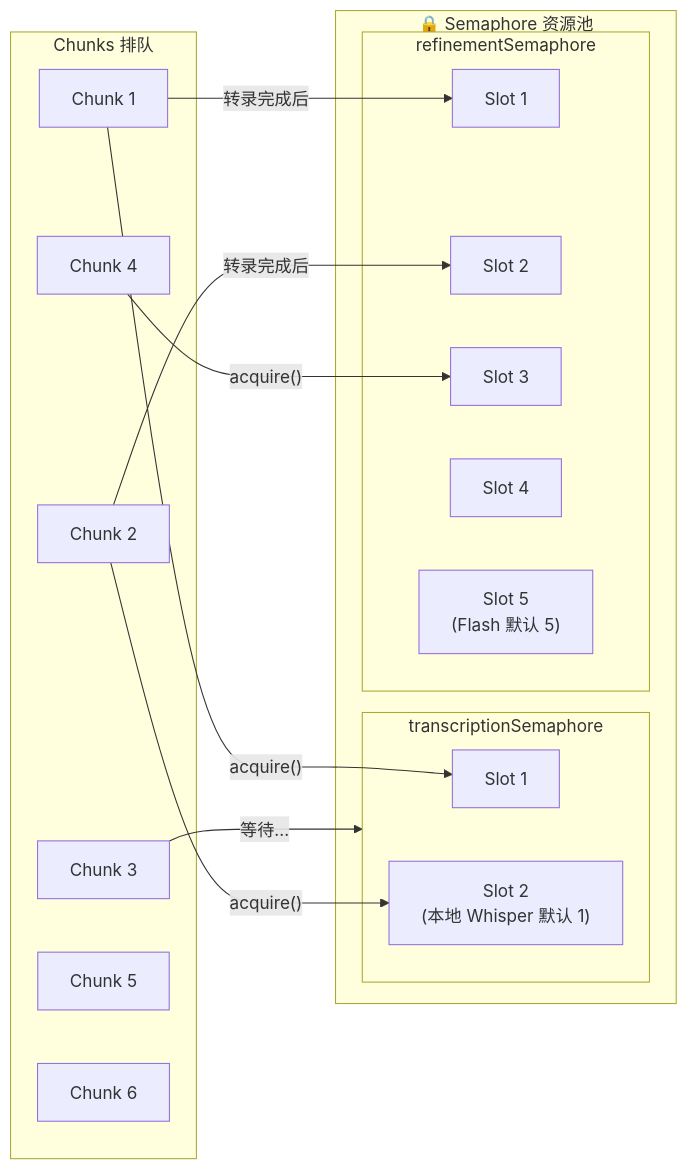
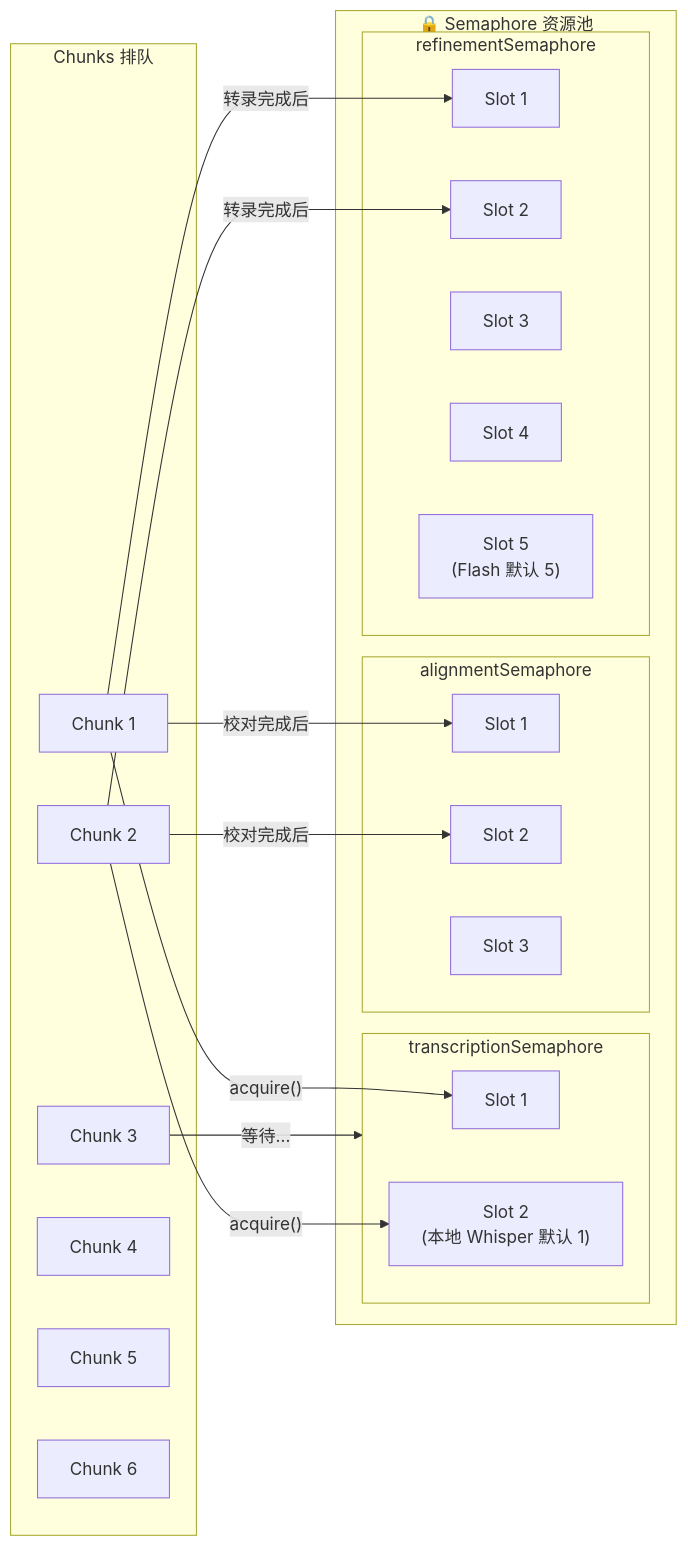
One commit to corvo007/Gemini-Subtitle-Pro changed the fifth of 15 diagrams in docs/ARCHITECTURE_zh.md. Above: the diagram before and after it, drawn with Mermaid. The commit also changed other lines of this file and 3 other files, not shown here.

First line of the commit message:
docs: update architecture with reconciler and CTC aligner

````diff
--- a/docs/ARCHITECTURE_zh.md
+++ b/docs/ARCHITECTURE_zh.md
@@ -510,34 +514,42 @@
 ```mermaid
 flowchart LR
     subgraph SEMAPHORES["🔒 Semaphore 资源池"]
         subgraph TRANS["transcriptionSemaphore"]
             T1["Slot 1"]
             T2["Slot 2<br/>(本地 Whisper 默认 1)"]
+        end
+
+        subgraph ALIGN["alignmentSemaphore"]
+            A1["Slot 1"]
+            A2["Slot 2"]
+            A3["Slot 3"]
         end
 
         subgraph REFINE["refinementSemaphore"]
             R1["Slot 1"]
             R2["Slot 2"]
             R3["Slot 3"]
             R4["Slot 4"]
             R5["Slot 5<br/>(Flash 默认 5)"]
         end
     end
 
     subgraph CHUNKS["Chunks 排队"]
         C1["Chunk 1"]
         C2["Chunk 2"]
         C3["Chunk 3"]
         C4["Chunk 4"]
         C5["Chunk 5"]
         C6["Chunk 6"]
     end
 
     C1 -->|"acquire()"| T1
     C2 -->|"acquire()"| T2
     C3 -->|"等待..."| TRANS
 
     C1 -->|"转录完成后"| R1
     C2 -->|"转录完成后"| R2
-    C4 -->|"acquire()"| R3
+
+    C1 -->|"校对完成后"| A1
+    C2 -->|"校对完成后"| A2
 ```
````
